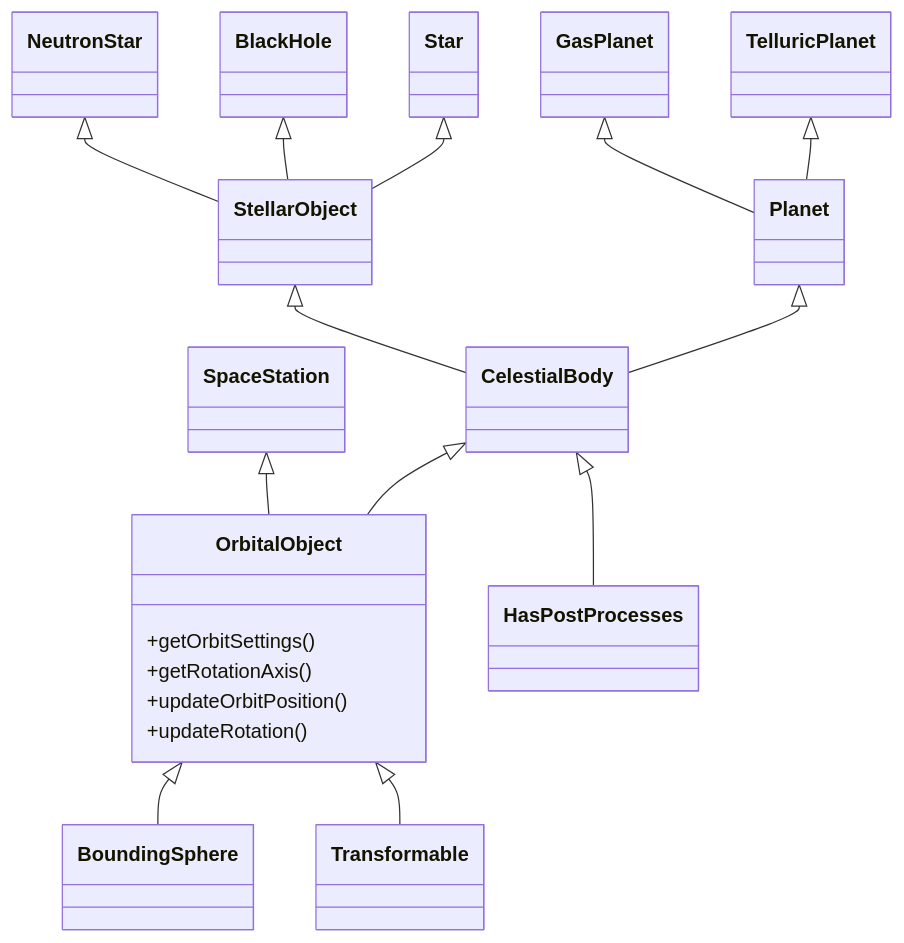
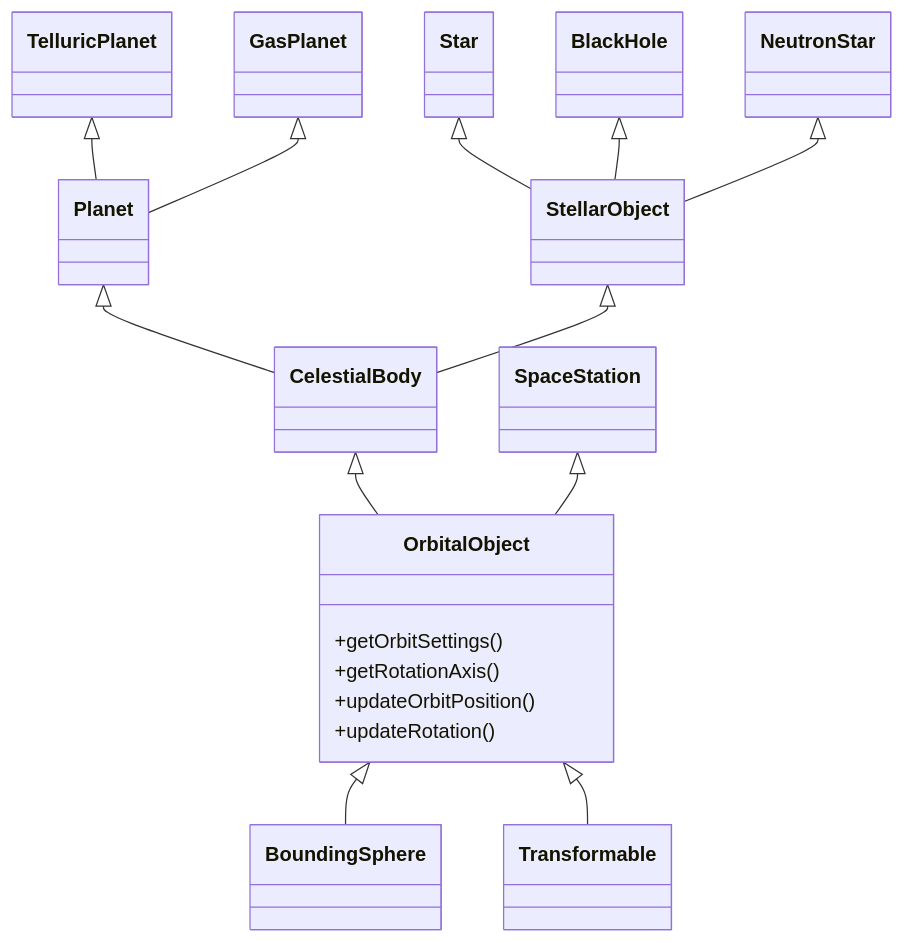
Before and after one commit to BarthPaleologue/CosmosJourneyer: the second of 2 diagrams in ARCHITECTURE.md, drawn with Mermaid. The commit also changed other lines of this file and 29 other files, not shown here.

````diff
--- a/ARCHITECTURE.md
+++ b/ARCHITECTURE.md
@@ -58,24 +58,23 @@
 ```mermaid
 
 classDiagram
     class OrbitalObject {
         +getOrbitSettings()
         +getRotationAxis()
         +updateOrbitPosition()
         +updateRotation()
     }
 
     TelluricPlanet <|-- Planet
     GasPlanet <|-- Planet
     Star <|-- StellarObject
     BlackHole <|-- StellarObject
     NeutronStar <|-- StellarObject
     Planet <|-- CelestialBody
     StellarObject <|-- CelestialBody
     CelestialBody <|-- OrbitalObject
     SpaceStation <|-- OrbitalObject
-    CelestialBody <|-- HasPostProcesses
     OrbitalObject <|-- BoundingSphere
     OrbitalObject <|-- Transformable
 
 ```
````
